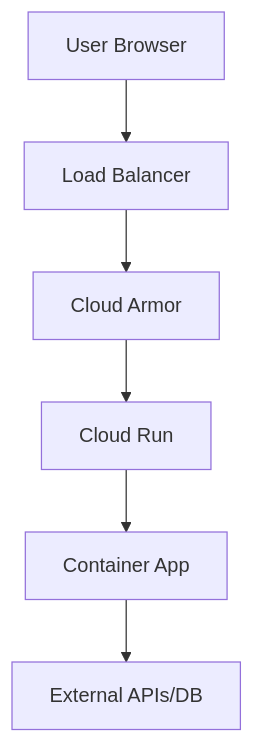
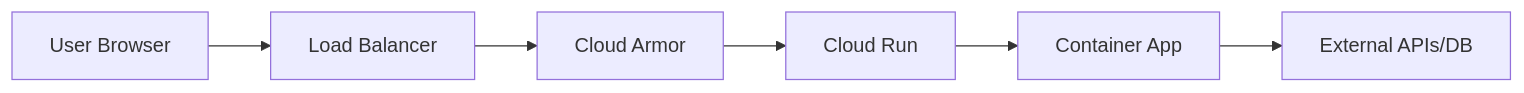
The first of 6 diagrams in slides.md (azoom-l-x-duy/cloud-run-network-slidev), drawn with Mermaid before and after one commit. The commit also changed other lines of this file and 145 other files, not shown here.

````diff
--- a/slides.md
+++ b/slides.md
@@ -47,8 +52,8 @@
 ```mermaid
-graph TB
+graph LR
     A[User Browser] --> B[Load Balancer]
     B --> C[Cloud Armor]
     C --> D[Cloud Run]
     D --> E[Container App]
     E --> F[External APIs/DB]
 ```
````
